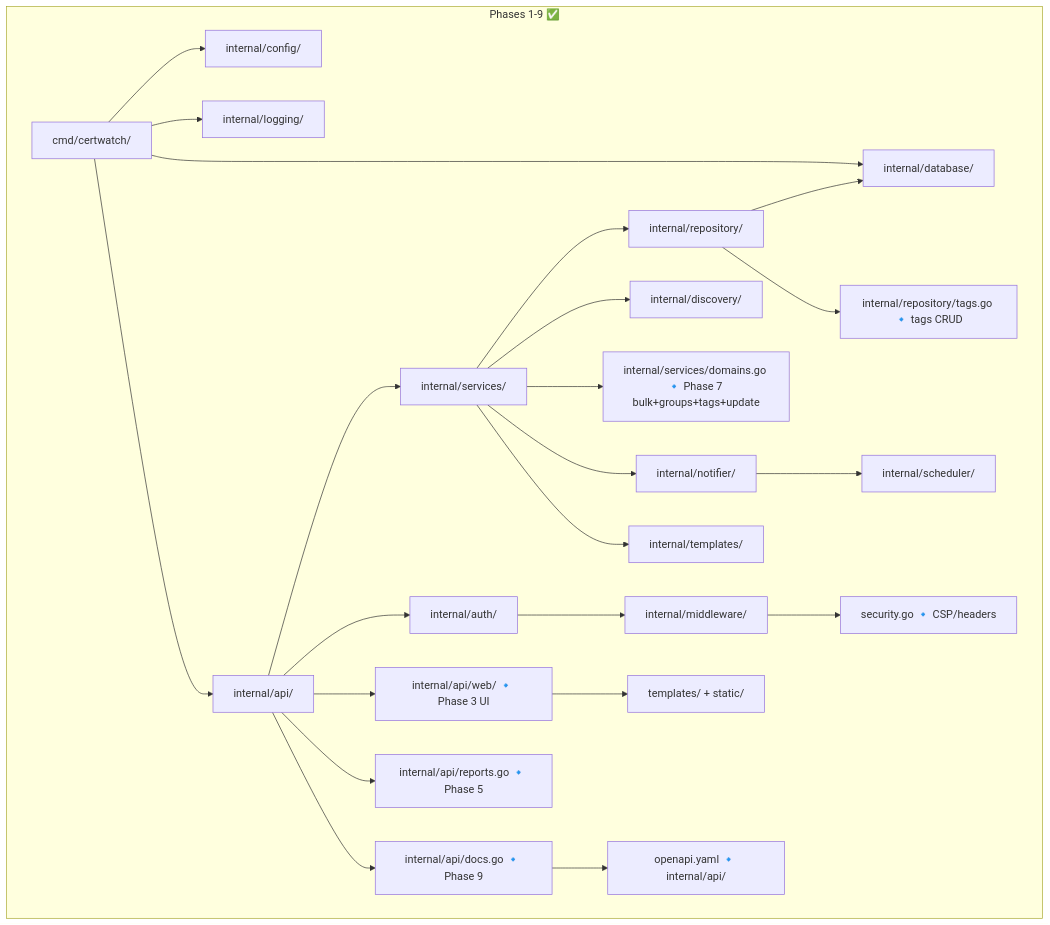
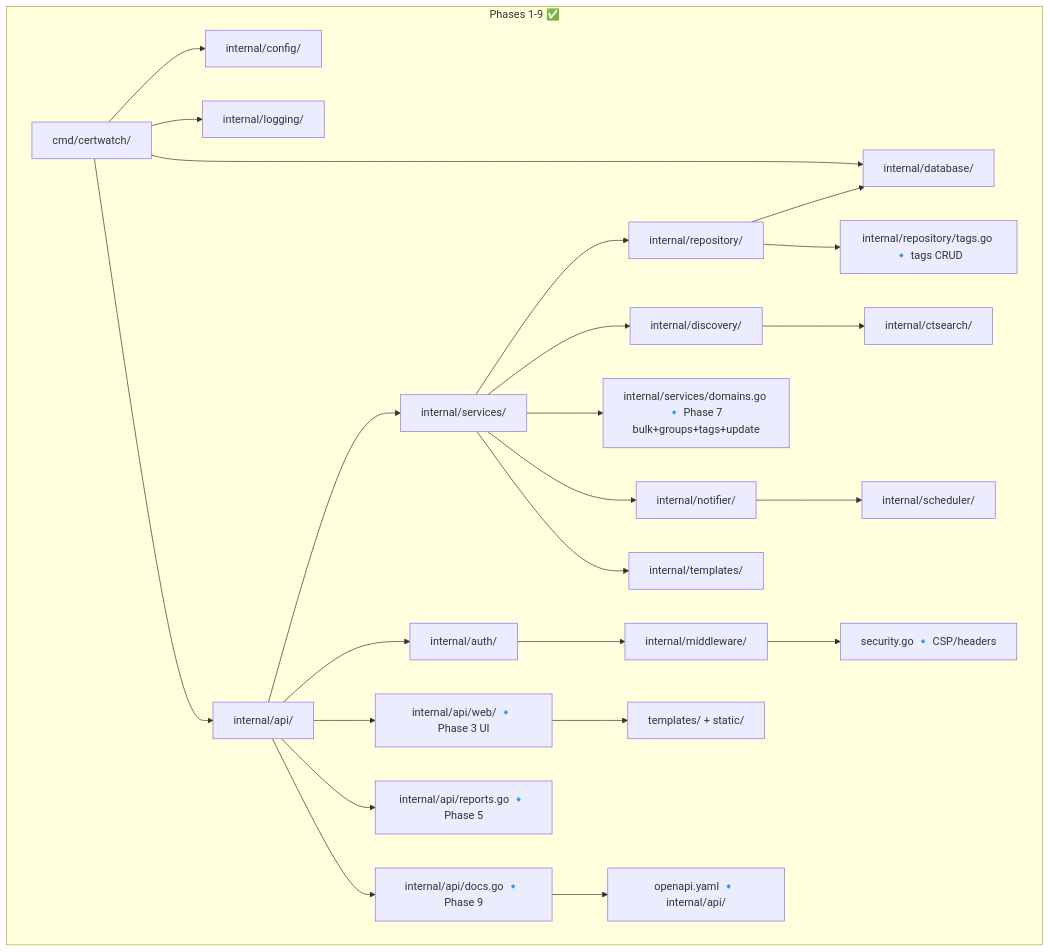
Before and after one commit to araujofrancisco/certwatch: the diagram in docs/architecture.md, drawn with Mermaid. The commit also changed other lines of this file and 25 other files, not shown here.

````diff
--- a/docs/architecture.md
+++ b/docs/architecture.md
@@ -8,22 +8,22 @@
 ```mermaid
 graph TD
     subgraph "Phases 1-9 ✅"
         cmd/certwatch/ --> internal/config/
         cmd/certwatch/ --> internal/logging/
         cmd/certwatch/ --> internal/database/
         cmd/certwatch/ --> internal/api/ --> internal/services/ --> internal/repository/
         internal/repository/ --> internal/database/
-        internal/services/ --> internal/discovery/
+        internal/services/ --> internal/discovery/ --> internal/ctsearch/
         internal/api/ --> internal/auth/ --> internal/middleware/
         internal/middleware/ --> MS[security.go 🔹 CSP/headers]
         internal/api/ --> U[internal/api/web/ 🔹 Phase 3 UI]
         U --> T[templates/ + static/]
         internal/api/ --> R[internal/api/reports.go 🔹 Phase 5]
         internal/api/ --> D[internal/api/docs.go 🔹 Phase 9]
         D --> O[openapi.yaml 🔹 internal/api/]
         internal/services/ --> I[internal/services/domains.go 🔹 Phase 7 bulk+groups+tags+update]
         internal/services/ --> internal/notifier/ --> internal/scheduler/
         internal/services/ --> internal/templates/
         internal/repository/ --> TG[internal/repository/tags.go 🔹 tags CRUD]
     end
 ```
````
